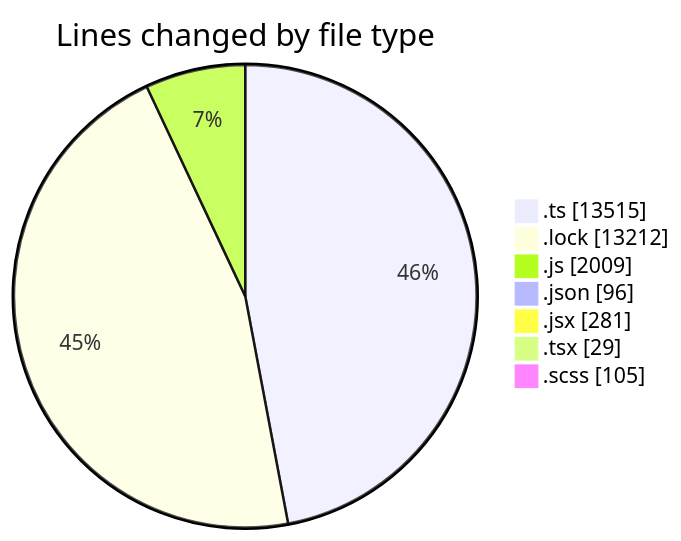
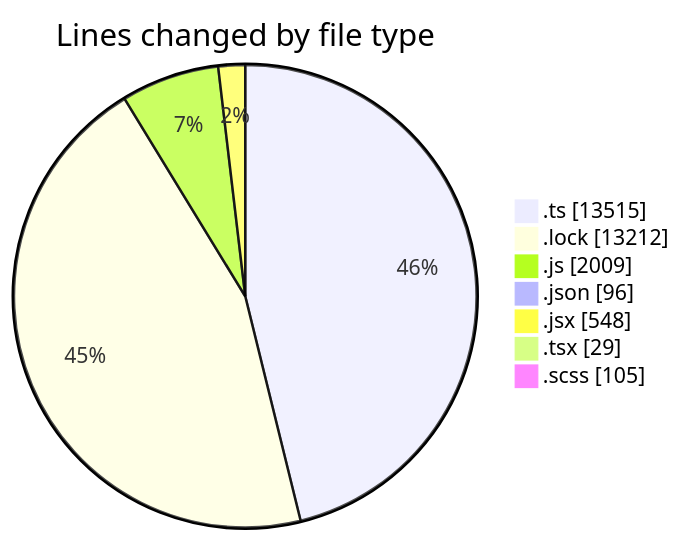
The first of 2 diagrams in 2025-05-16/cda/README.md (momahboobian/code-tracking), drawn with Mermaid before and after one commit. The commit also changed other lines of this file and 1 other file, not shown here.

````diff
--- a/2025-05-16/cda/README.md
+++ b/2025-05-16/cda/README.md
@@ -37,11 +38,11 @@
 ```mermaid
 pie showData
 title Lines changed by file type
 ".ts" : 13515
 ".lock" : 13212
 ".js" : 2009
 ".json" : 96
-".jsx" : 281
+".jsx" : 548
 ".tsx" : 29
 ".scss" : 105
 ```
````
